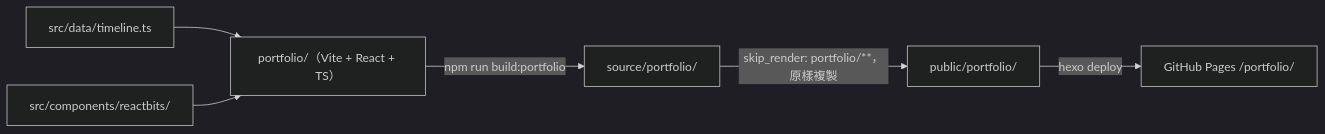
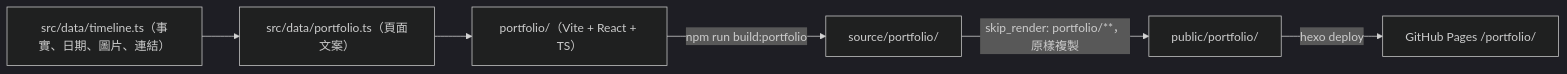
One commit to reedlin2002/reedlin2002.github.io changed the third of 3 diagrams in blog/docs/SDD.md. Above: the diagram before and after it, drawn with Mermaid (dark theme). The commit also changed other lines of this file and 37 other files, not shown here.

````diff
--- a/blog/docs/SDD.md
+++ b/blog/docs/SDD.md
@@ -100,8 +100,8 @@
 ```mermaid
 flowchart LR
     Src["portfolio/（Vite + React + TS）"] -->|npm run build:portfolio| Out["source/portfolio/"]
     Out -->|skip_render: portfolio/**，原樣複製| Public["public/portfolio/"]
     Public -->|hexo deploy| Pages["GitHub Pages /portfolio/"]
-    Data["src/data/timeline.ts"] --> Src
-    RB["src/components/reactbits/"] --> Src
+    Timeline["src/data/timeline.ts（事實、日期、圖片、連結）"] --> Data["src/data/portfolio.ts（頁面文案）"]
+    Data --> Src
 ```
````
